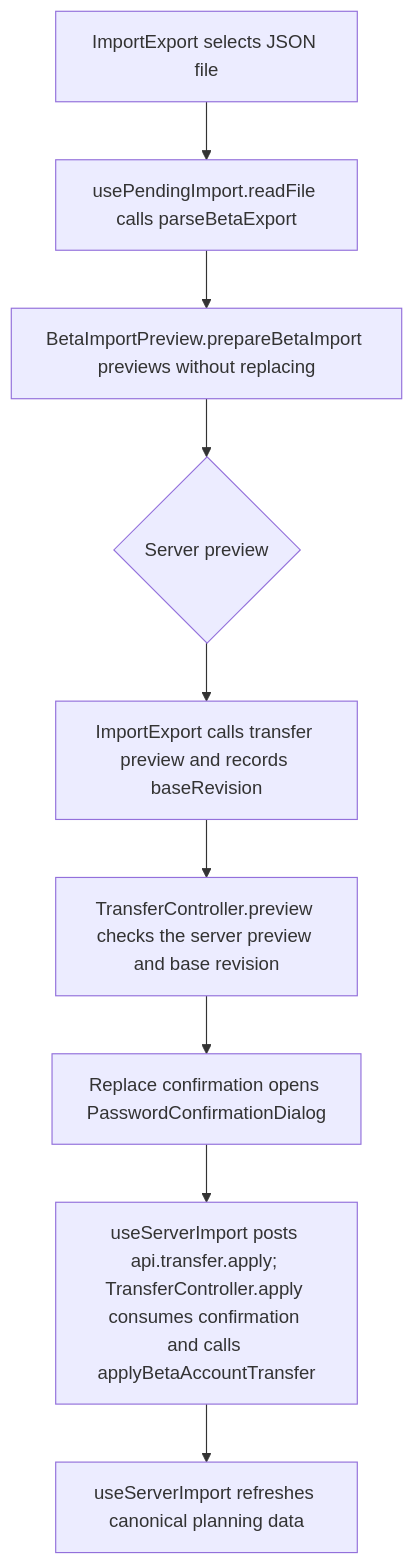
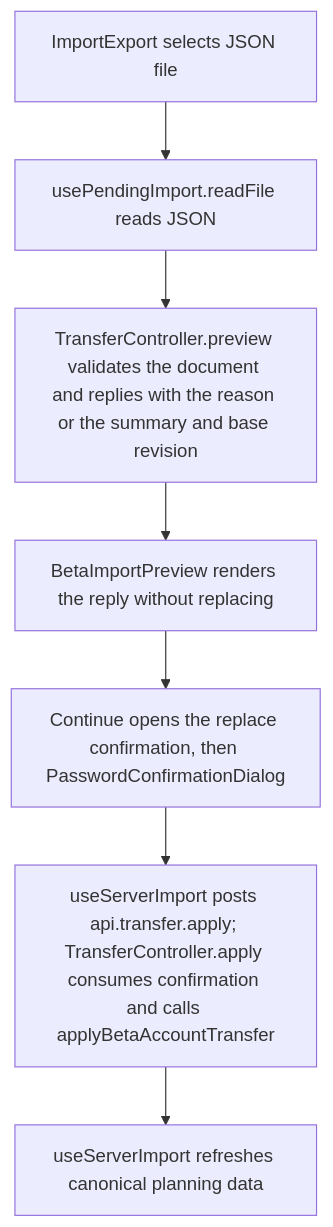
One commit to Kevinjohn/capacitylens changed the second of 2 diagrams in user-stories/data/US-DAT-02-import-json.md. Above: the diagram before and after it, drawn with Mermaid. The commit also changed other lines of this file and 19 other files, not shown here.

First line of the commit message:
Let the server be the only parser and validator of an import file

````diff
--- a/user-stories/data/US-DAT-02-import-json.md
+++ b/user-stories/data/US-DAT-02-import-json.md
@@ -36,11 +36,9 @@
 ```mermaid
 flowchart TD
-  file["ImportExport selects JSON file"] --> parse["usePendingImport.readFile calls parseBetaExport"]
-  parse --> preview["BetaImportPreview.prepareBetaImport previews without replacing"]
-  preview --> branch{"Server preview"}
-  branch --> serverPreview["ImportExport calls transfer preview and records baseRevision"]
-  serverPreview --> serverBoundary["TransferController.preview checks the server preview and base revision"]
-  serverBoundary --> confirm["Replace confirmation opens PasswordConfirmationDialog"]
+  file["ImportExport selects JSON file"] --> parse["usePendingImport.readFile reads JSON"]
+  parse --> serverBoundary["TransferController.preview validates the document and replies with the reason or the summary and base revision"]
+  serverBoundary --> preview["BetaImportPreview renders the reply without replacing"]
+  preview --> confirm["Continue opens the replace confirmation, then PasswordConfirmationDialog"]
   confirm --> apply["useServerImport posts api.transfer.apply; TransferController.apply consumes confirmation and calls applyBetaAccountTransfer"]
   apply --> refresh["useServerImport refreshes canonical planning data"]
 ```
````
